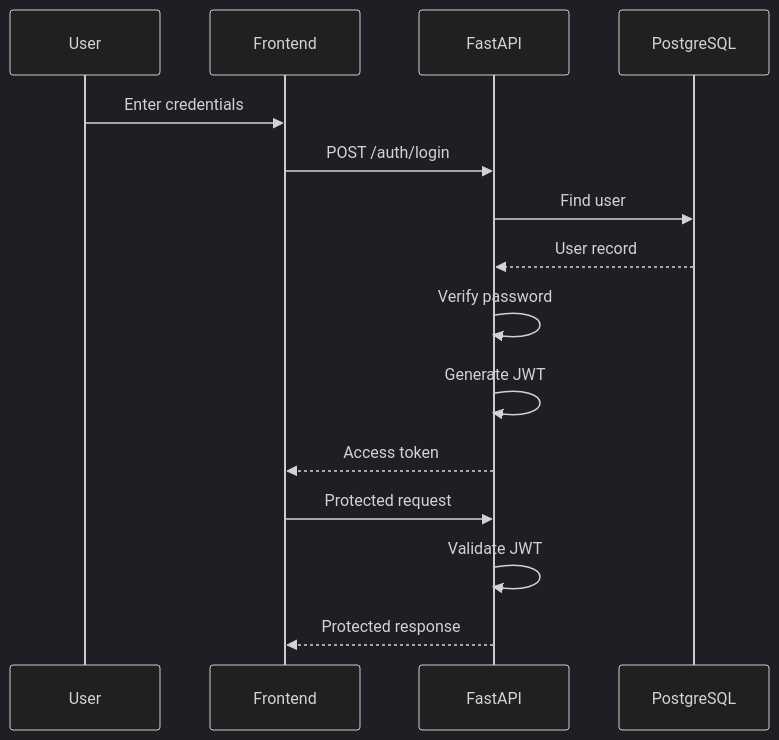
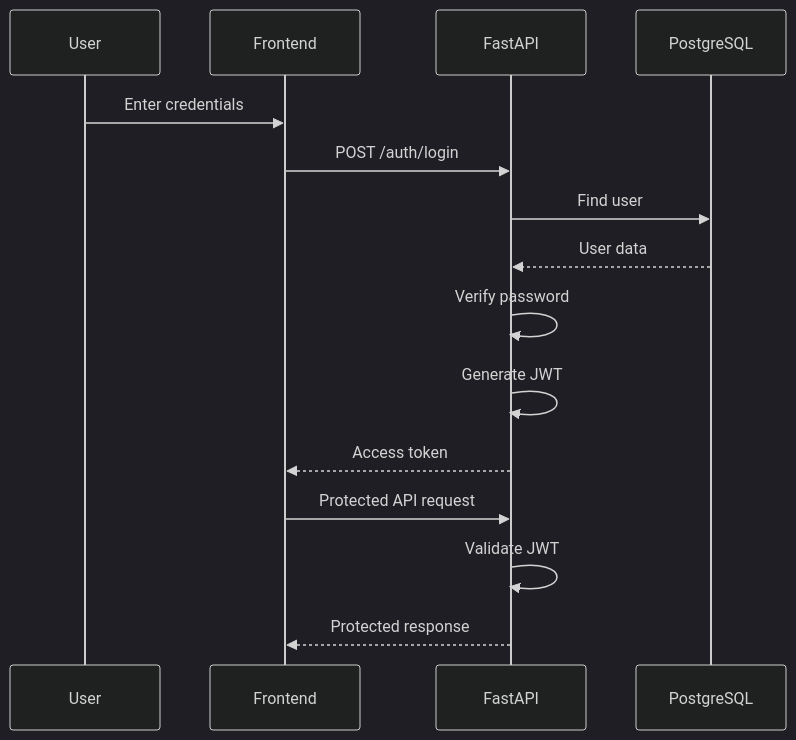
The seventh of 10 diagrams in README.md (sapna71/RePlate), drawn with Mermaid (dark theme) before and after one commit. The commit also changed other lines of this file, not shown here.

````diff
--- a/README.md
+++ b/README.md
@@ -238,19 +327,18 @@
 ```mermaid
 sequenceDiagram
-    participant User
-    participant Frontend
-    participant API as FastAPI
+    participant U as User
+    participant F as Frontend
+    participant A as FastAPI
     participant DB as PostgreSQL
 
-    User->>Frontend: Enter credentials
-    Frontend->>API: POST /auth/login
-    API->>DB: Find user
-    DB-->>API: User record
-    API->>API: Verify password
-    API->>API: Generate JWT
-    API-->>Frontend: Access token
-
-    Frontend->>API: Protected request
-    API->>API: Validate JWT
-    API-->>Frontend: Protected response
+    U->>F: Enter credentials
+    F->>A: POST /auth/login
+    A->>DB: Find user
+    DB-->>A: User data
+    A->>A: Verify password
+    A->>A: Generate JWT
+    A-->>F: Access token
+    F->>A: Protected API request
+    A->>A: Validate JWT
+    A-->>F: Protected response
 ```
````
